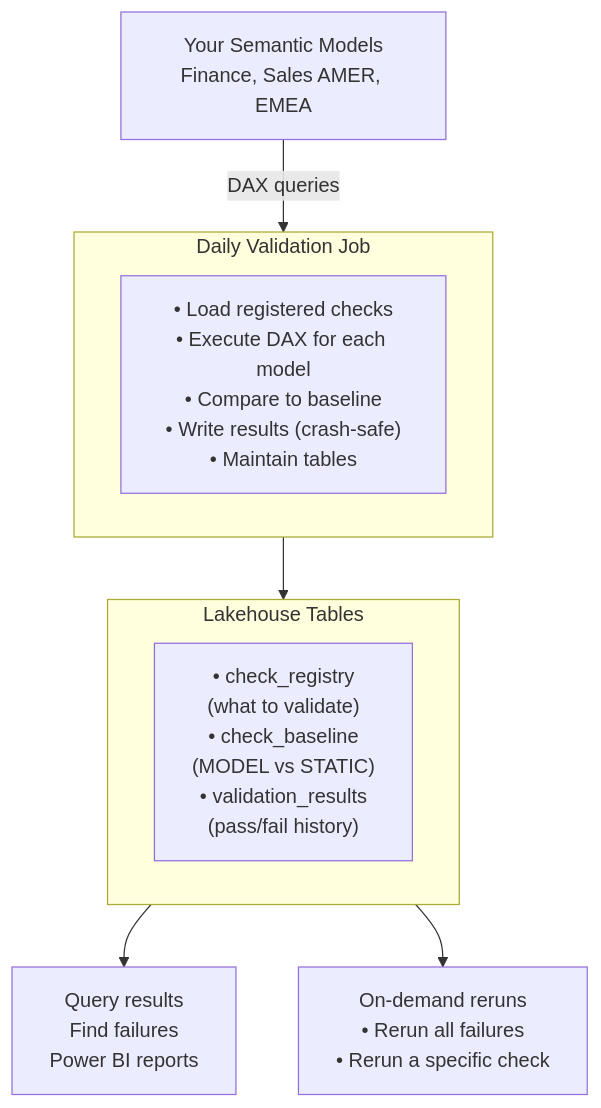
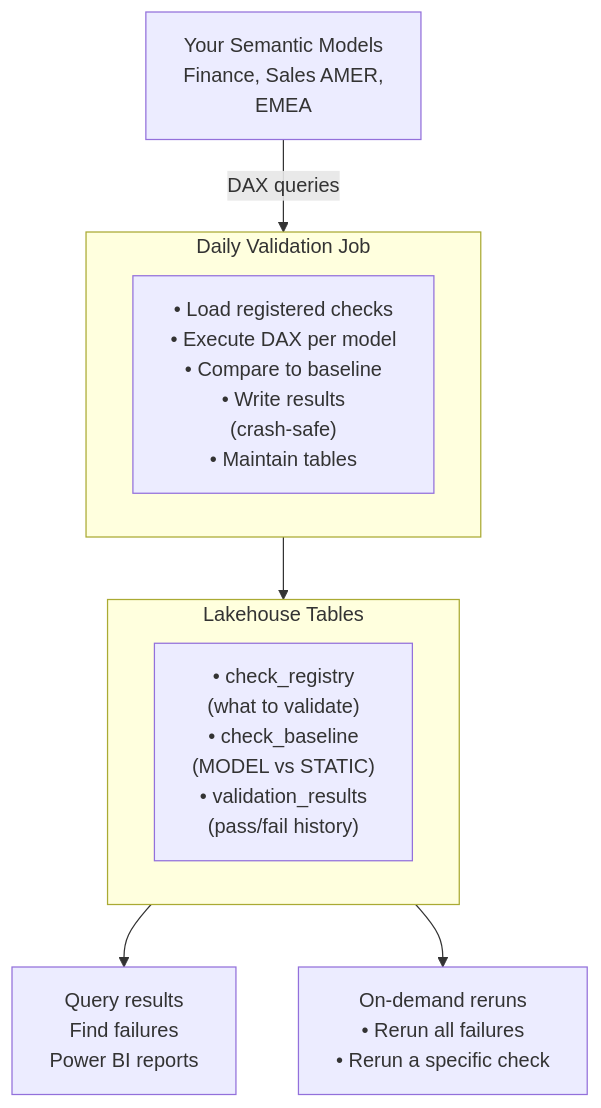
Before and after one commit to edwardpcharles/fabric-pbi-data-quality-notebook: the first of 3 diagrams in README.md, drawn with Mermaid. The commit also changed other lines of this file, not shown here.

Commit message:
docs: brutally chunk mermaid strings to fit tight CSS limits

````diff
--- a/README.md
+++ b/README.md
@@ -17,22 +17,22 @@
 ```mermaid
 flowchart TD
-    Models["Your Semantic Models<br>Finance, Sales AMER, EMEA"]
+    Models["Your Semantic Models<br>Finance, Sales AMER,<br>EMEA"]
     
     subgraph Job [Daily Validation Job]
-        J["• Load registered checks<br>• Execute DAX for each model<br>• Compare to baseline<br>• Write results (crash-safe)<br>• Maintain tables"]
+        J["• Load registered checks<br>• Execute DAX per model<br>• Compare to baseline<br>• Write results<br>(crash-safe)<br>• Maintain tables"]
     end
     
     Models -- DAX queries --> Job
     
     subgraph Lakehouse [Lakehouse Tables]
         L["• check_registry<br>(what to validate)<br>• check_baseline<br>(MODEL vs STATIC)<br>• validation_results<br>(pass/fail history)"]
     end
     
     Job --> Lakehouse
     
     Reports["Query results<br>Find failures<br>Power BI reports"]
     Reruns["On-demand reruns<br>• Rerun all failures<br>• Rerun a specific check"]
     
     Lakehouse --> Reports
     Lakehouse --> Reruns
 ```
````
